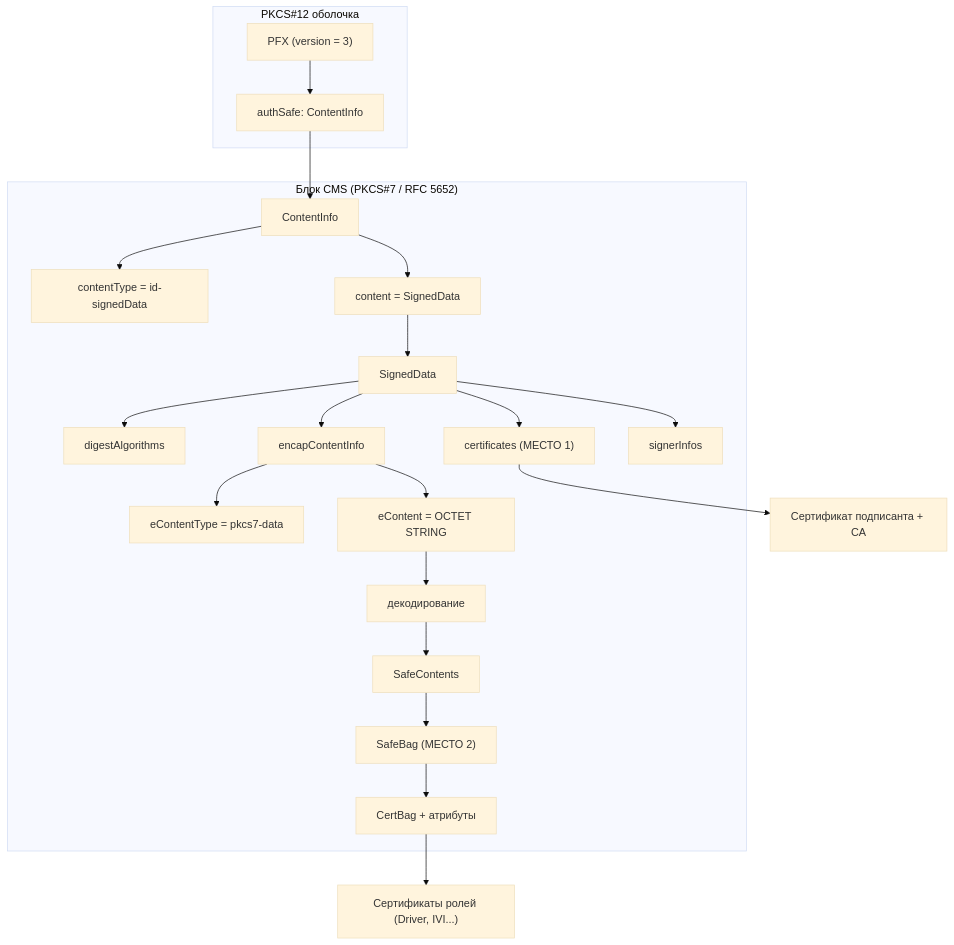
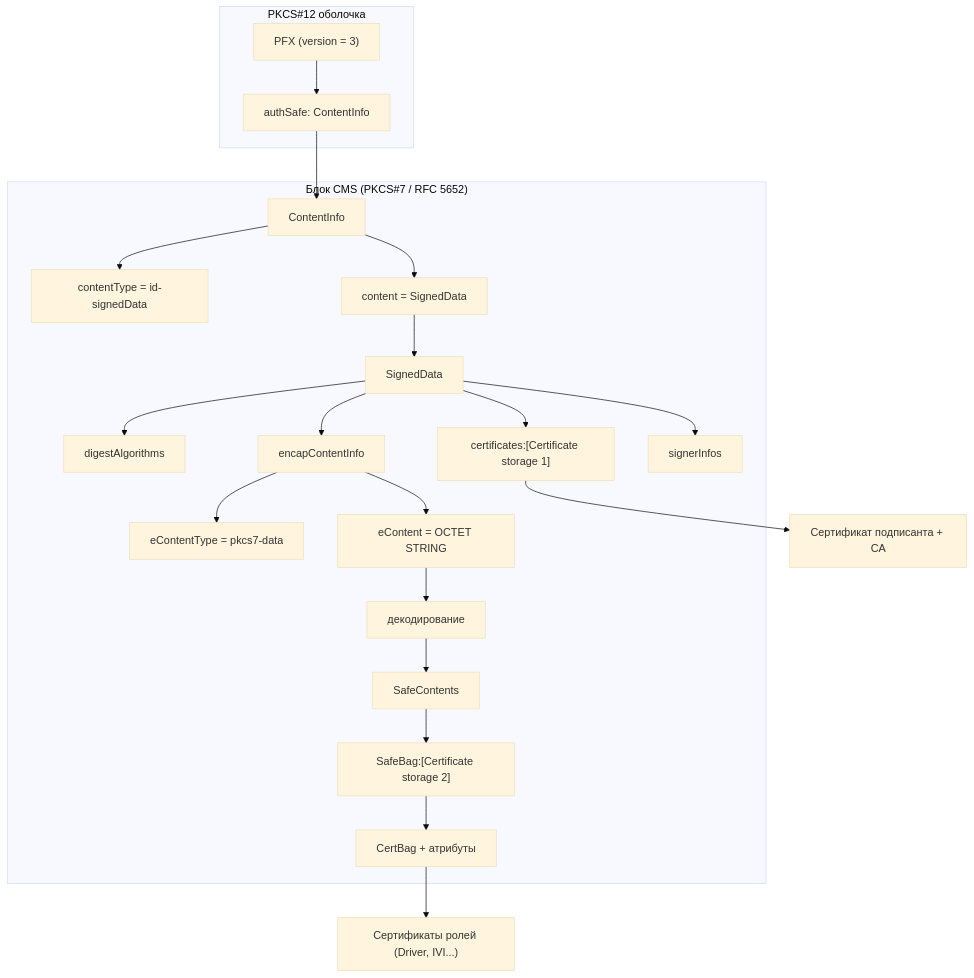
One commit to ardlen/atom-a changed the first of 3 diagrams in docs/REGISTRY_ARCHITECTURE.md. Above: the diagram before and after it, drawn with Mermaid (base theme). The commit also changed other lines of this file and 14 other files, not shown here.

````diff
--- a/docs/REGISTRY_ARCHITECTURE.md
+++ b/docs/REGISTRY_ARCHITECTURE.md
@@ -42,27 +40,27 @@
 ```mermaid
 flowchart TB
   subgraph PKCS12 ["PKCS#12 оболочка"]
     PFX["PFX (version = 3)"]
     PFX --> authSafe["authSafe: ContentInfo"]
   end
 
   subgraph CMS ["Блок CMS (PKCS#7 / RFC 5652)"]
     authSafe --> CI["ContentInfo"]
     CI --> ct["contentType = id-signedData"]
     CI --> body["content = SignedData"]
     body --> SD["SignedData"]
     SD --> da["digestAlgorithms"]
     SD --> encap["encapContentInfo"]
-    SD --> certs["certificates (МЕСТО 1)"]
+    SD --> certs["certificates:[Сertificate storage 1]"]
     SD --> signers["signerInfos"]
     encap --> etype["eContentType = pkcs7-data"]
     encap --> econt["eContent = OCTET STRING"]
     econt --> decode["декодирование"]
     decode --> SC["SafeContents"]
-    SC --> SB["SafeBag (МЕСТО 2)"]
+    SC --> SB["SafeBag:[Certificate storage 2]"]
     SB --> bag1["CertBag + атрибуты"]
   end
 
   certs --> c1["Сертификат подписанта + CA"]
   bag1 --> c2["Сертификаты ролей (Driver, IVI...)"]
 ```
````
